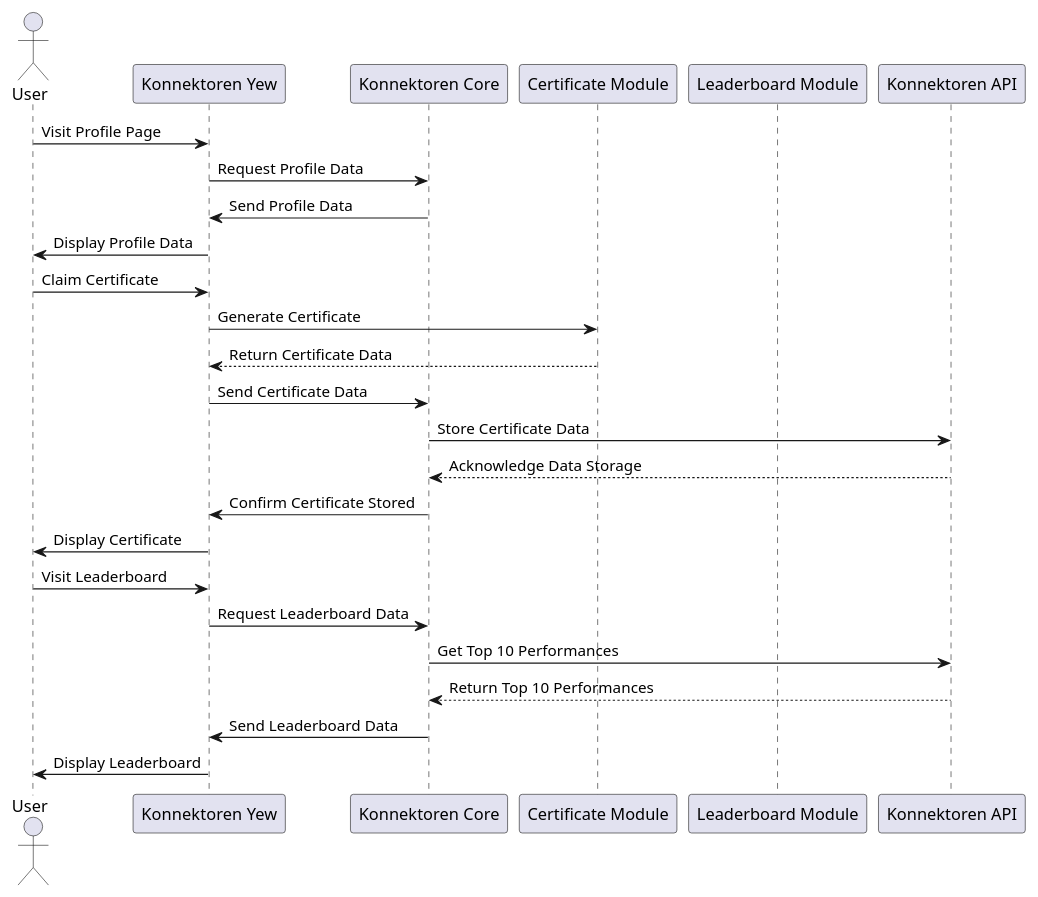
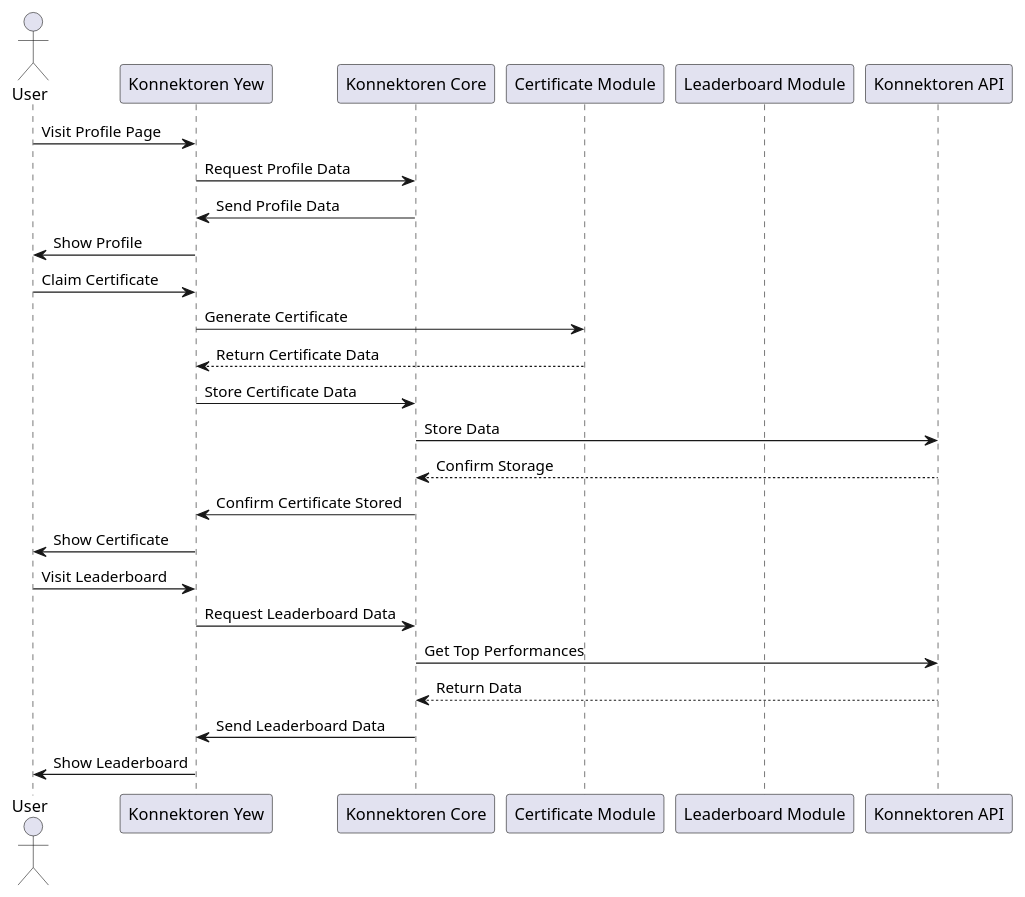
Before and after one commit to konnektoren/konnektoren-rs: the fourth of 7 diagrams in docs/src/06_runtime_view.adoc, drawn with PlantUML. The commit also changed other lines of this file, not shown here.

```diff
--- a/docs/src/06_runtime_view.adoc
+++ b/docs/src/06_runtime_view.adoc
@@ -170,33 +167,33 @@
 [plantuml, leaderboard-certificate, png]
 ----
 @startuml
 actor User
 participant WebApp as "Konnektoren Yew"
 participant Core as "Konnektoren Core"
 participant CertificateModule as "Certificate Module"
 participant LeaderboardModule as "Leaderboard Module"
 participant BackendAPI as "Konnektoren API"
 
 User -> WebApp : Visit Profile Page
 WebApp -> Core : Request Profile Data
 Core -> WebApp : Send Profile Data
-WebApp -> User : Display Profile Data
+WebApp -> User : Show Profile
 
 User -> WebApp : Claim Certificate
 WebApp -> CertificateModule : Generate Certificate
 CertificateModule --> WebApp : Return Certificate Data
 
-WebApp -> Core : Send Certificate Data
-Core -> BackendAPI : Store Certificate Data
-BackendAPI --> Core : Acknowledge Data Storage
+WebApp -> Core : Store Certificate Data
+Core -> BackendAPI : Store Data
+BackendAPI --> Core : Confirm Storage
 Core -> WebApp : Confirm Certificate Stored
-WebApp -> User : Display Certificate
+WebApp -> User : Show Certificate
 
 User -> WebApp : Visit Leaderboard
 WebApp -> Core : Request Leaderboard Data
-Core -> BackendAPI : Get Top 10 Performances
-BackendAPI --> Core : Return Top 10 Performances
+Core -> BackendAPI : Get Top Performances
+BackendAPI --> Core : Return Data
 Core -> WebApp : Send Leaderboard Data
-WebApp -> User : Display Leaderboard
+WebApp -> User : Show Leaderboard
 @enduml
 ----
```
